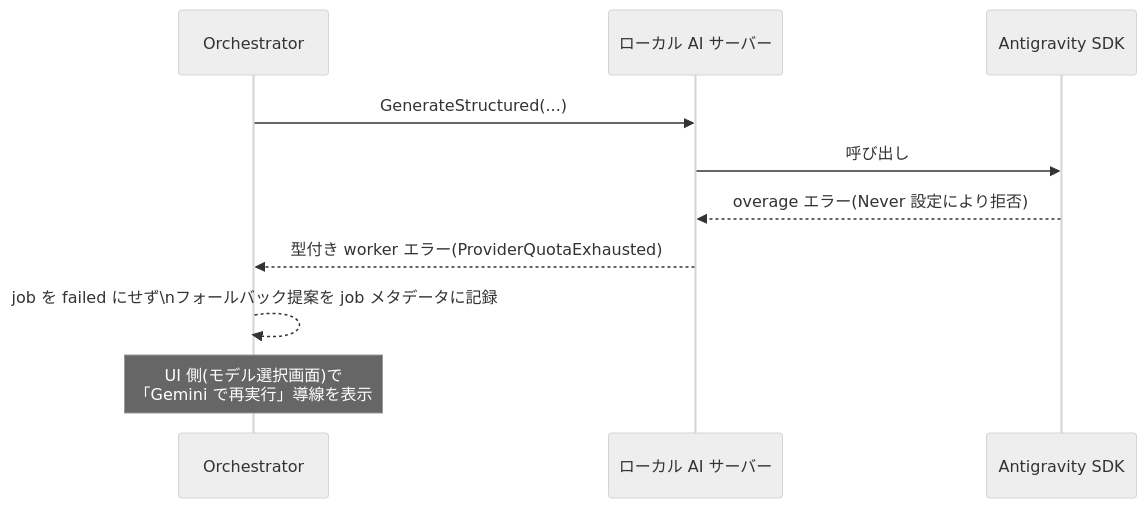
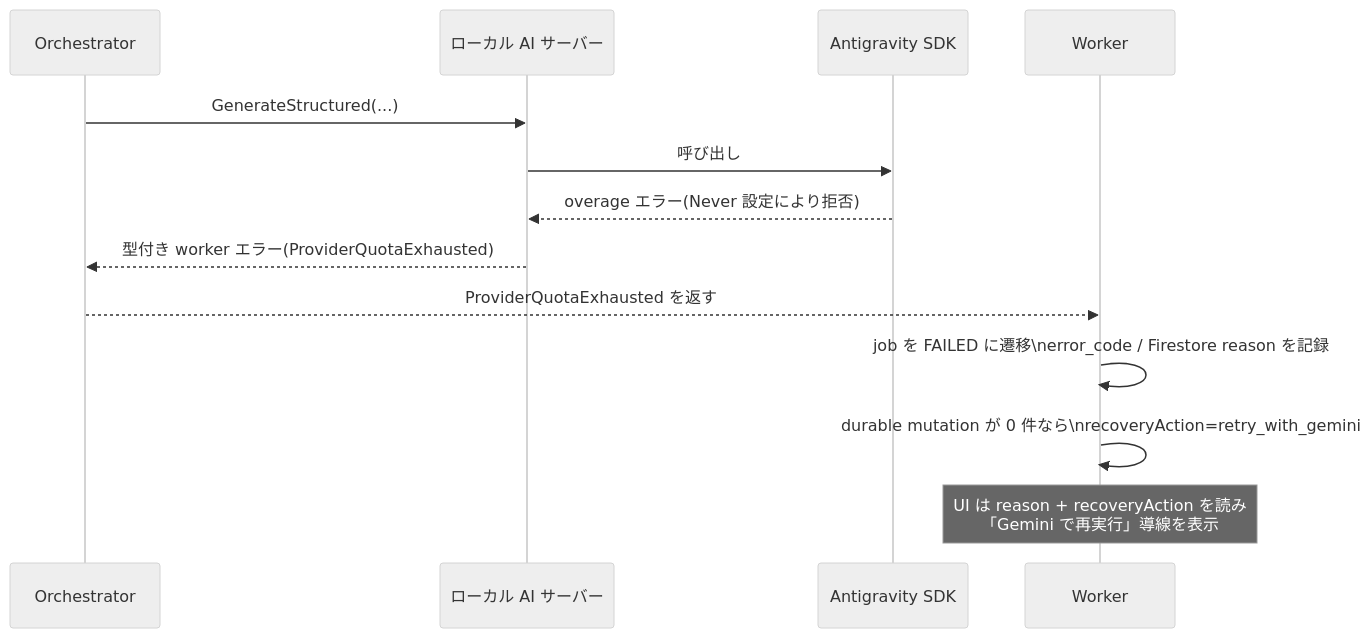
The fifth of 6 diagrams in docs/architecture/model-and-style-selection-design.md (Keyhole-Koro/Synthify), drawn with Mermaid (neutral theme) before and after one commit. The commit also changed other lines of this file and 5 other files, not shown here.

````diff
--- a/docs/architecture/model-and-style-selection-design.md
+++ b/docs/architecture/model-and-style-selection-design.md
@@ -173,13 +225,15 @@
 ```mermaid
 sequenceDiagram
     participant Orchestrator
     participant LocalServer as ローカル AI サーバー
     participant SDK as Antigravity SDK
 
     Orchestrator->>LocalServer: GenerateStructured(...)
     LocalServer->>SDK: 呼び出し
     SDK-->>LocalServer: overage エラー(Never 設定により拒否)
     LocalServer-->>Orchestrator: 型付き worker エラー(ProviderQuotaExhausted)
-    Orchestrator-->>Orchestrator: job を failed にせず\nフォールバック提案を job メタデータに記録
-    Note over Orchestrator: UI 側(モデル選択画面)で<br/>「Gemini で再実行」導線を表示
+    Orchestrator-->>Worker: ProviderQuotaExhausted を返す
+    Worker->>Worker: job を FAILED に遷移\nerror_code / Firestore reason を記録
+    Worker->>Worker: durable mutation が 0 件なら\nrecoveryAction=retry_with_gemini
+    Note over Worker: UI は reason + recoveryAction を読み<br/>「Gemini で再実行」導線を表示
 ```
````
